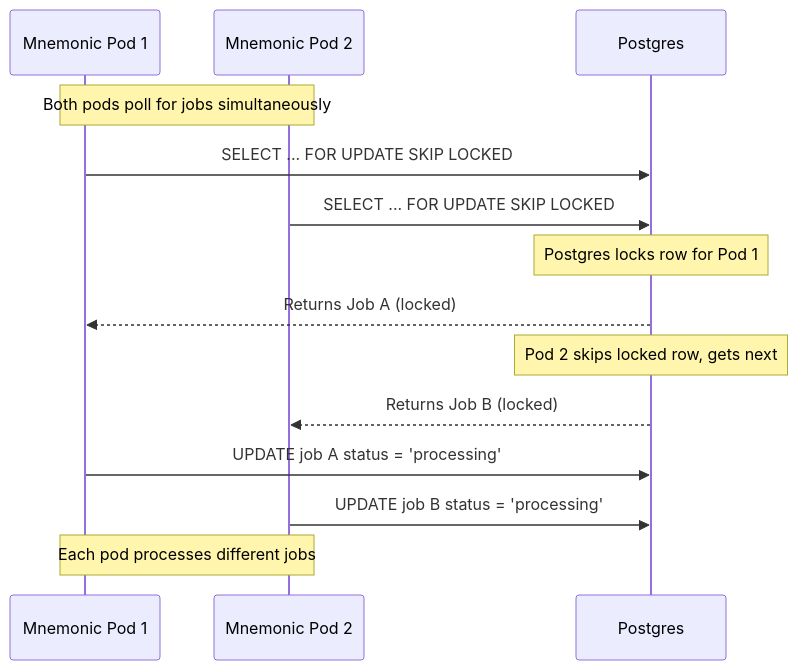
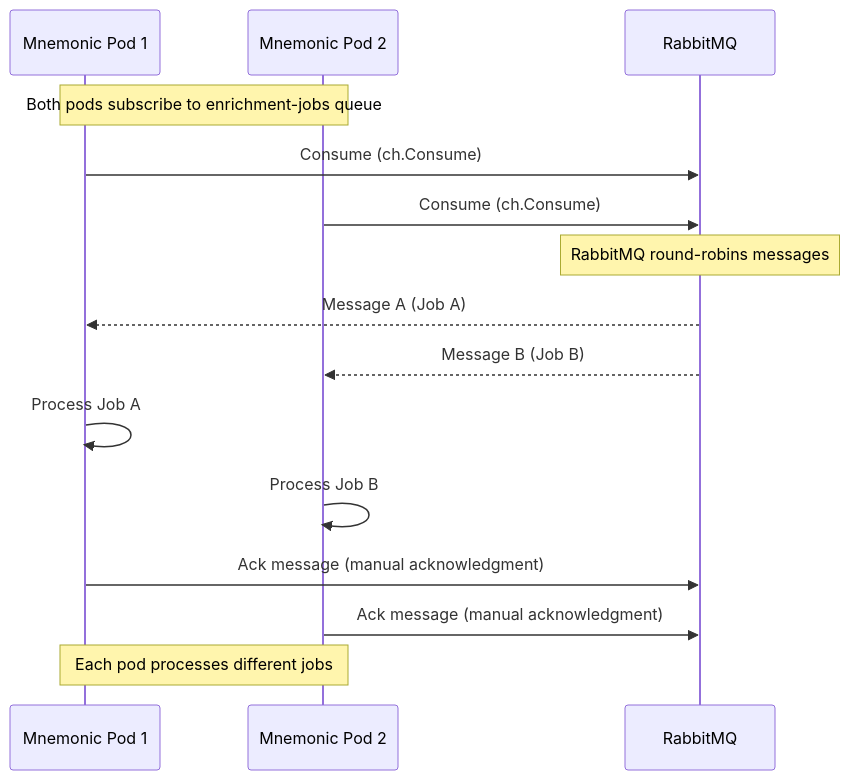
One commit to twistingmercury/mnemonic-enricher changed the fifth of 6 diagrams in docs/design/pattern-processing.md. Above: the diagram before and after it, drawn with Mermaid. The commit also changed other lines of this file and 5 other files, not shown here.

First line of the commit message:
docs: fix queue architecture from Postgres to RabbitMQ

````diff
--- a/docs/design/pattern-processing.md
+++ b/docs/design/pattern-processing.md
@@ -448,22 +469,24 @@
 ```mermaid
 sequenceDiagram
     participant Pod1 as Mnemonic Pod 1
     participant Pod2 as Mnemonic Pod 2
-    participant PG as Postgres
+    participant RMQ as RabbitMQ
 
-    Note over Pod1,Pod2: Both pods poll for jobs simultaneously
+    Note over Pod1,Pod2: Both pods subscribe to enrichment-jobs queue
 
-    Pod1->>PG: SELECT ... FOR UPDATE SKIP LOCKED
-    Pod2->>PG: SELECT ... FOR UPDATE SKIP LOCKED
+    Pod1->>RMQ: Consume (ch.Consume)
+    Pod2->>RMQ: Consume (ch.Consume)
 
-    Note over PG: Postgres locks row for Pod 1
-    PG-->>Pod1: Returns Job A (locked)
+    Note over RMQ: RabbitMQ round-robins messages
+    RMQ-->>Pod1: Message A (Job A)
 
-    Note over PG: Pod 2 skips locked row, gets next
-    PG-->>Pod2: Returns Job B (locked)
+    RMQ-->>Pod2: Message B (Job B)
 
-    Pod1->>PG: UPDATE job A status = 'processing'
-    Pod2->>PG: UPDATE job B status = 'processing'
+    Pod1->>Pod1: Process Job A
+    Pod2->>Pod2: Process Job B
+
+    Pod1->>RMQ: Ack message (manual acknowledgment)
+    Pod2->>RMQ: Ack message (manual acknowledgment)
 
     Note over Pod1,Pod2: Each pod processes different jobs
 ```
````
